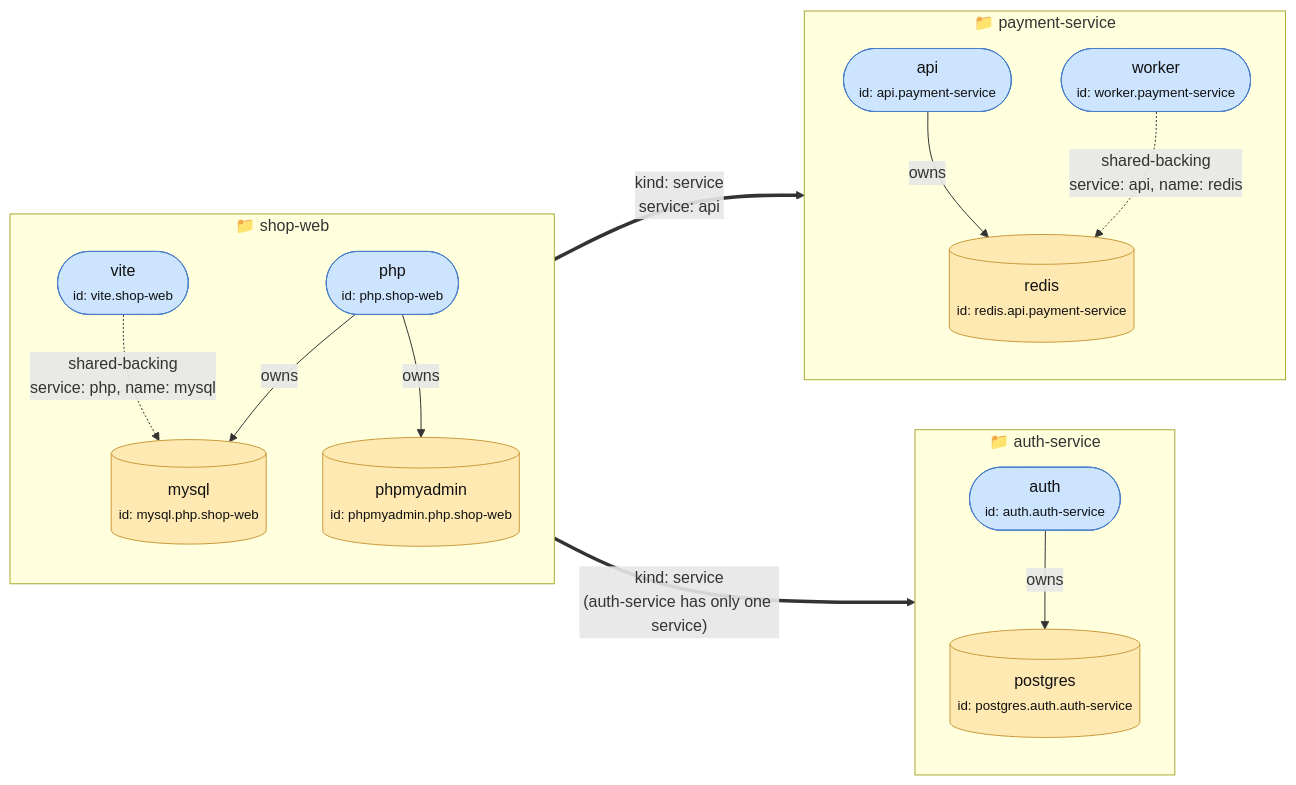
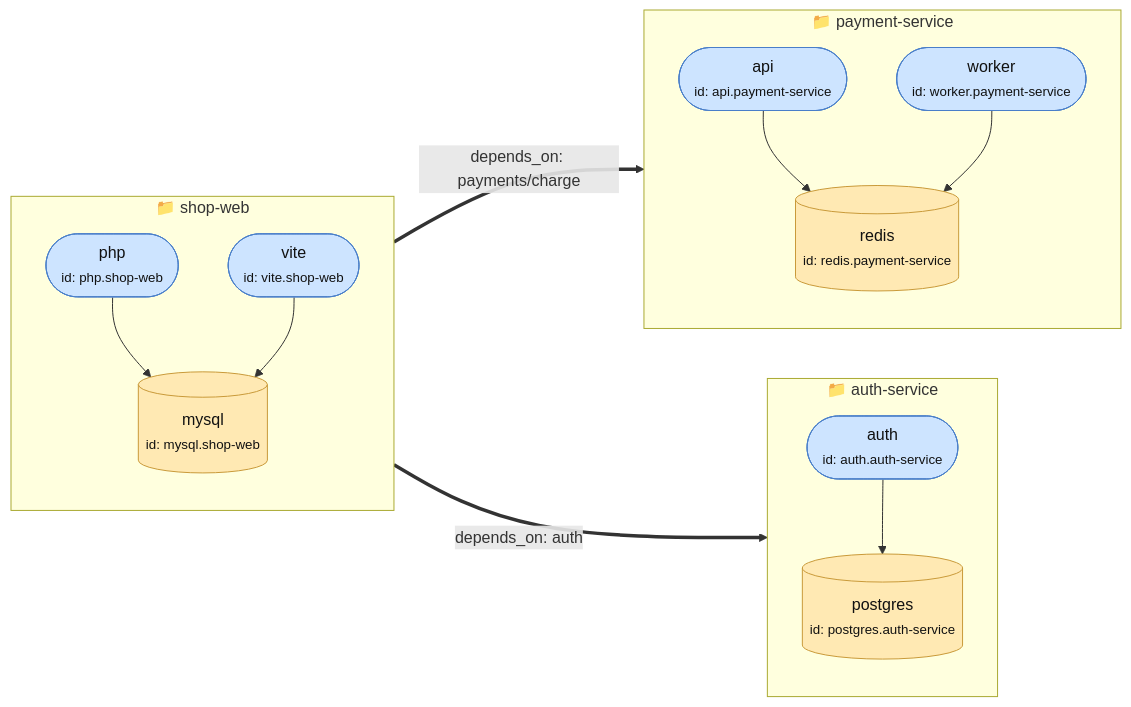
Before and after one commit to mlnja/fghj: the diagram in docs/src/content/docs/concepts/node-identity-and-domains.md, drawn with Mermaid. The commit also changed other lines of this file and 76 other files, not shown here.

````diff
--- a/docs/src/content/docs/concepts/node-identity-and-domains.md
+++ b/docs/src/content/docs/concepts/node-identity-and-domains.md
@@ -86,37 +76,35 @@
 ```mermaid
 flowchart LR
   subgraph REPO_A["📁 auth-service"]
     direction TB
     auth(["auth<br/><small>id: auth.auth-service</small>"])
-    auth_pg[("postgres<br/><small>id: postgres.auth.auth-service</small>")]
-    auth -- owns --> auth_pg
+    auth_pg[("postgres<br/><small>id: postgres.auth-service</small>")]
+    auth --> auth_pg
   end
 
   subgraph REPO_B["📁 payment-service"]
     direction TB
     api(["api<br/><small>id: api.payment-service</small>"])
     worker(["worker<br/><small>id: worker.payment-service</small>"])
-    redis[("redis<br/><small>id: redis.api.payment-service</small>")]
-    api -- owns --> redis
-    worker -. "shared-backing<br/>service: api, name: redis" .-> redis
+    redis[("redis<br/><small>id: redis.payment-service</small>")]
+    api --> redis
+    worker --> redis
   end
 
   subgraph REPO_C["📁 shop-web"]
     direction TB
     vite(["vite<br/><small>id: vite.shop-web</small>"])
     php(["php<br/><small>id: php.shop-web</small>"])
-    mysql[("mysql<br/><small>id: mysql.php.shop-web</small>")]
-    pma[("phpmyadmin<br/><small>id: phpmyadmin.php.shop-web</small>")]
-    php -- owns --> mysql
-    php -- owns --> pma
-    vite -. "shared-backing<br/>service: php, name: mysql" .-> mysql
+    mysql[("mysql<br/><small>id: mysql.shop-web</small>")]
+    php --> mysql
+    vite --> mysql
   end
 
-  php == "kind: service<br/>service: api" ==> api
-  vite == "kind: service<br/>(auth-service has only one service)" ==> auth
+  php == "depends_on: payments/charge" ==> api
+  vite == "depends_on: auth" ==> auth
 
   classDef service fill:#cde4ff,stroke:#4a7fc9,stroke-width:1px,color:#111;
   classDef backing fill:#ffe9b3,stroke:#c99a3a,stroke-width:1px,color:#111;
   class auth,api,worker,vite,php service
-  class auth_pg,redis,mysql,pma backing
+  class auth_pg,redis,mysql backing
 ```
````
